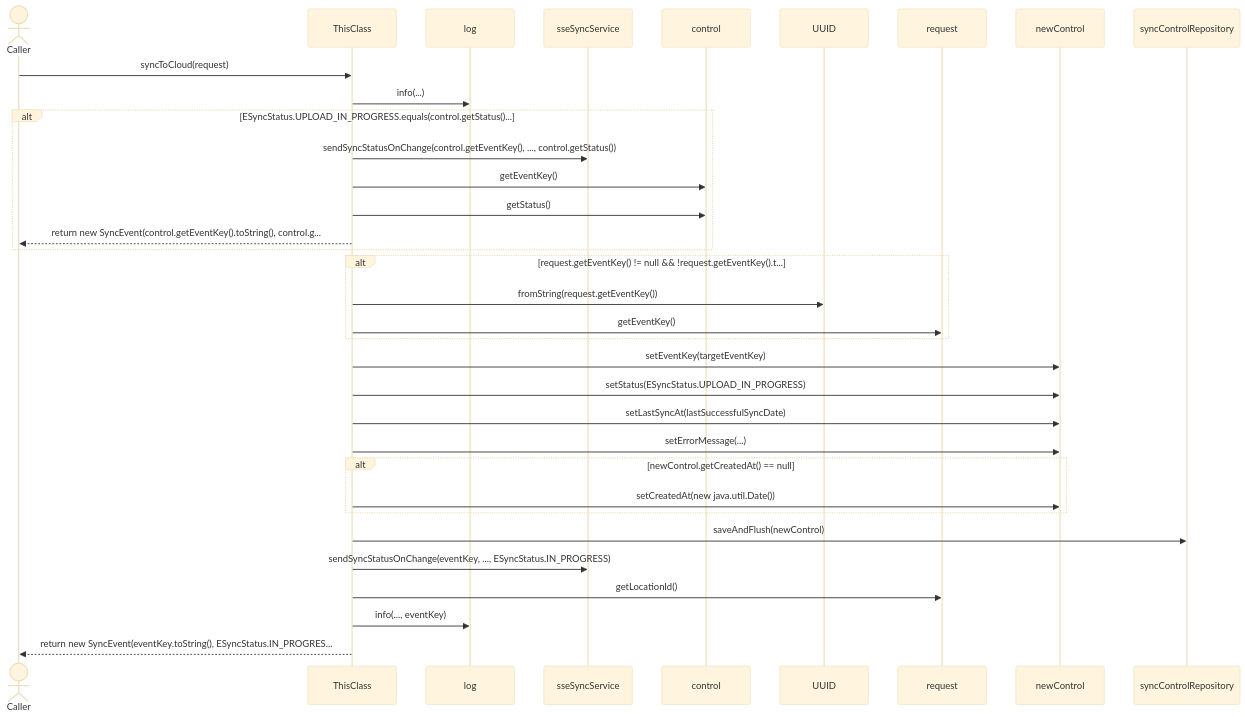
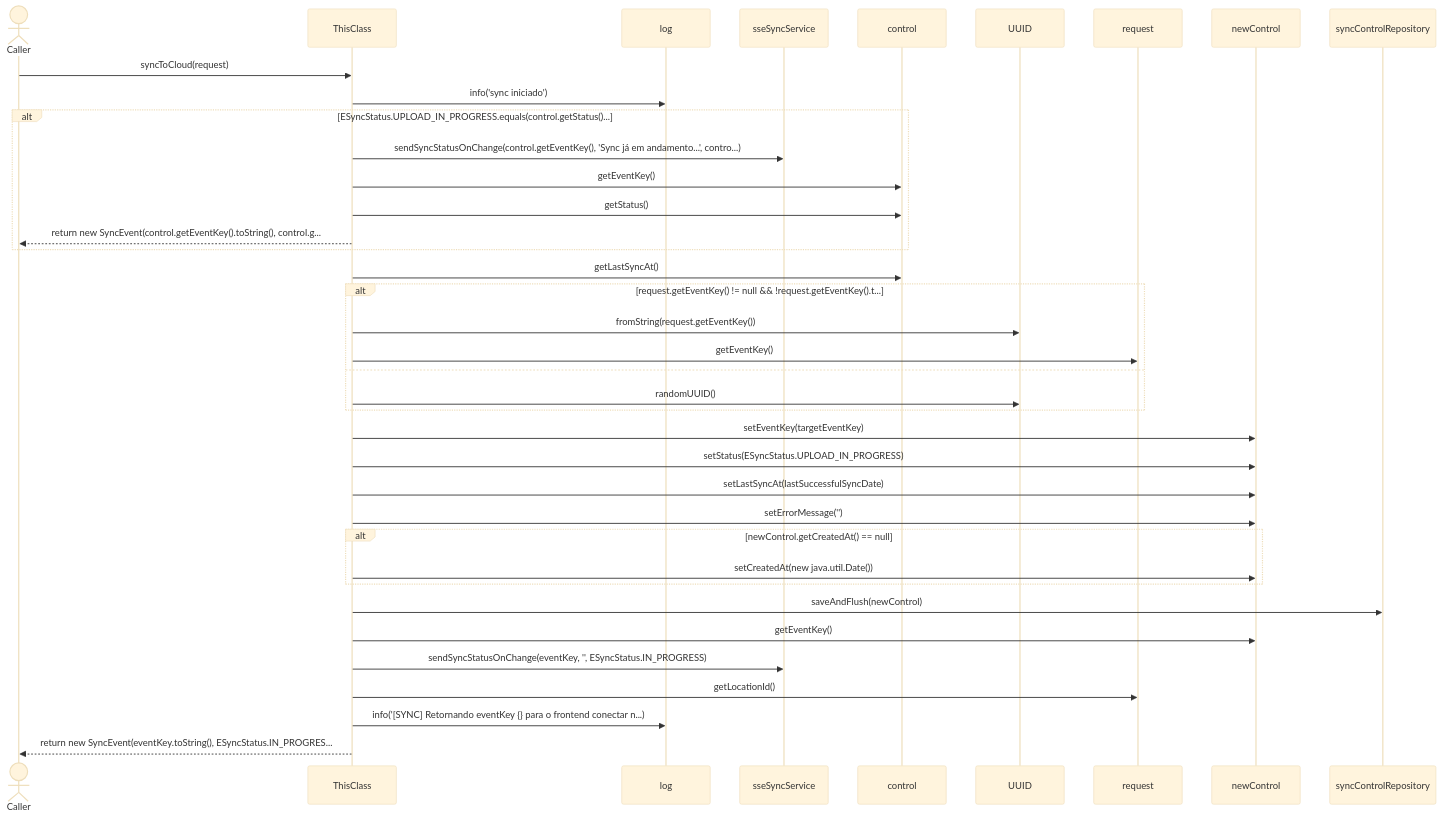
The fifth of 16 diagrams in docs/CloudSyncUploadService.md (FelipeMCassiano/geanky), drawn with Mermaid (base theme) before and after one commit. The commit also changed other lines of this file and 18 other files, not shown here.

````diff
--- a/docs/CloudSyncUploadService.md
+++ b/docs/CloudSyncUploadService.md
@@ -402,38 +367,42 @@
 ```mermaid
 sequenceDiagram
     actor Caller
     participant ThisClass
 
     Caller->>ThisClass: syncToCloud(request)
     participant log
-    ThisClass->>log: info(...)
+    ThisClass->>log: info('sync iniciado')
     alt ESyncStatus.UPLOAD_IN_PROGRESS.equals(control.getStatus()...
     participant sseSyncService
-    ThisClass->>sseSyncService: sendSyncStatusOnChange(control.getEventKey(), ..., control.getStatus())
+    ThisClass->>sseSyncService: sendSyncStatusOnChange(control.getEventKey(), 'Sync já em andamento...', contro...)
     participant control
     ThisClass->>control: getEventKey()
     ThisClass->>control: getStatus()
     ThisClass-->>Caller: return new SyncEvent(control.getEventKey().toString(), control.g...
     end
+    ThisClass->>control: getLastSyncAt()
     alt request.getEventKey() != null && !request.getEventKey().t...
     participant UUID
     ThisClass->>UUID: fromString(request.getEventKey())
     participant request
     ThisClass->>request: getEventKey()
+    else
+    ThisClass->>UUID: randomUUID()
     end
     participant newControl
     ThisClass->>newControl: setEventKey(targetEventKey)
     ThisClass->>newControl: setStatus(ESyncStatus.UPLOAD_IN_PROGRESS)
     ThisClass->>newControl: setLastSyncAt(lastSuccessfulSyncDate)
-    ThisClass->>newControl: setErrorMessage(...)
+    ThisClass->>newControl: setErrorMessage('')
     alt newControl.getCreatedAt() == null
     ThisClass->>newControl: setCreatedAt(new java.util.Date())
     end
     participant syncControlRepository
     ThisClass->>syncControlRepository: saveAndFlush(newControl)
-    ThisClass->>sseSyncService: sendSyncStatusOnChange(eventKey, ..., ESyncStatus.IN_PROGRESS)
+    ThisClass->>newControl: getEventKey()
+    ThisClass->>sseSyncService: sendSyncStatusOnChange(eventKey, '', ESyncStatus.IN_PROGRESS)
     ThisClass->>request: getLocationId()
-    ThisClass->>log: info(..., eventKey)
+    ThisClass->>log: info('[SYNC] Retornando eventKey {} para o frontend conectar n...)
     ThisClass-->>Caller: return new SyncEvent(eventKey.toString(), ESyncStatus.IN_PROGRES...
 
 ```
````
